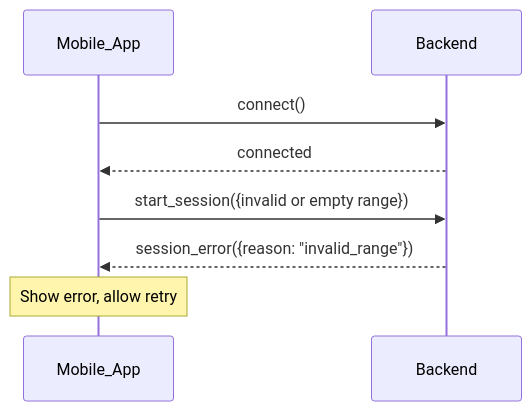
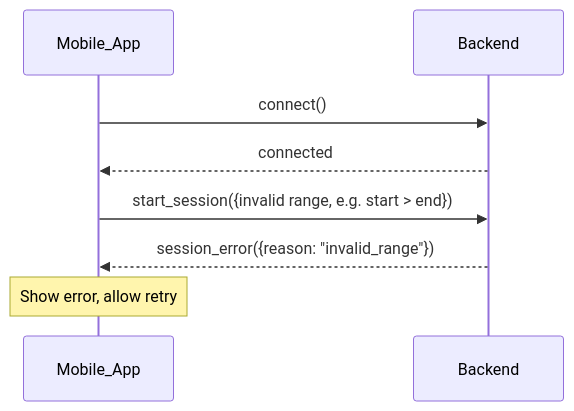
Before and after one commit to basemkhirat/pyquran2: the third of 9 diagrams in guide/reference/sequence-diagram.md, drawn with Mermaid. The commit also changed other lines of this file and 13 other files, not shown here.

````diff
--- a/guide/reference/sequence-diagram.md
+++ b/guide/reference/sequence-diagram.md
@@ -63,13 +63,13 @@
 ```mermaid
 sequenceDiagram
     participant App as Mobile_App
     participant Server as Backend
 
     App->>Server: connect()
     Server-->>App: connected
 
-    App->>Server: start_session({invalid or empty range})
+    App->>Server: start_session({invalid range, e.g. start > end})
     Server-->>App: session_error({reason: "invalid_range"})
 
     Note over App: Show error, allow retry
 ```
````
